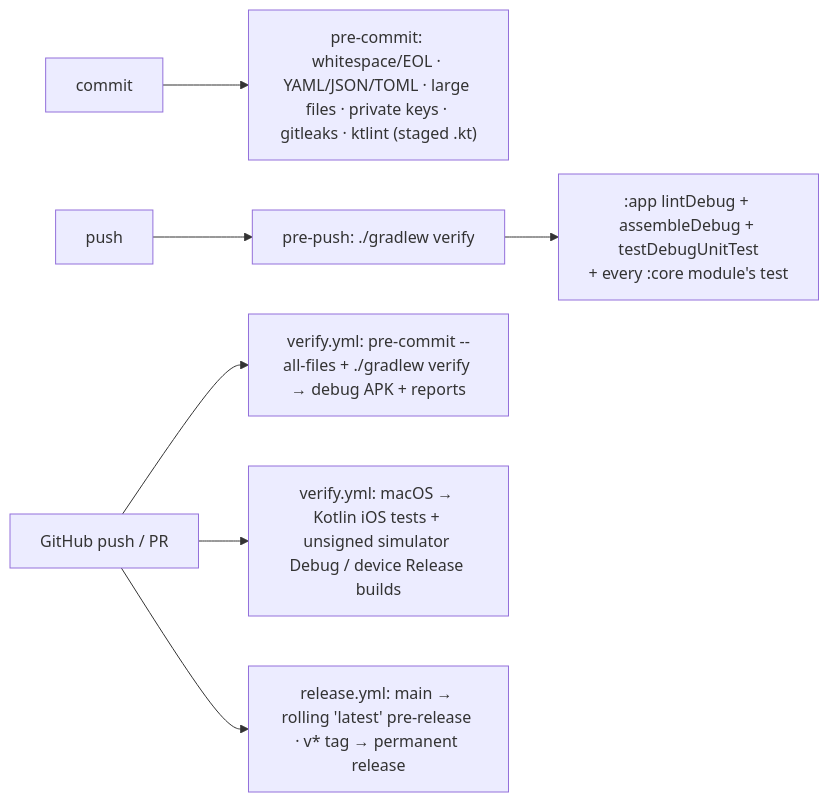
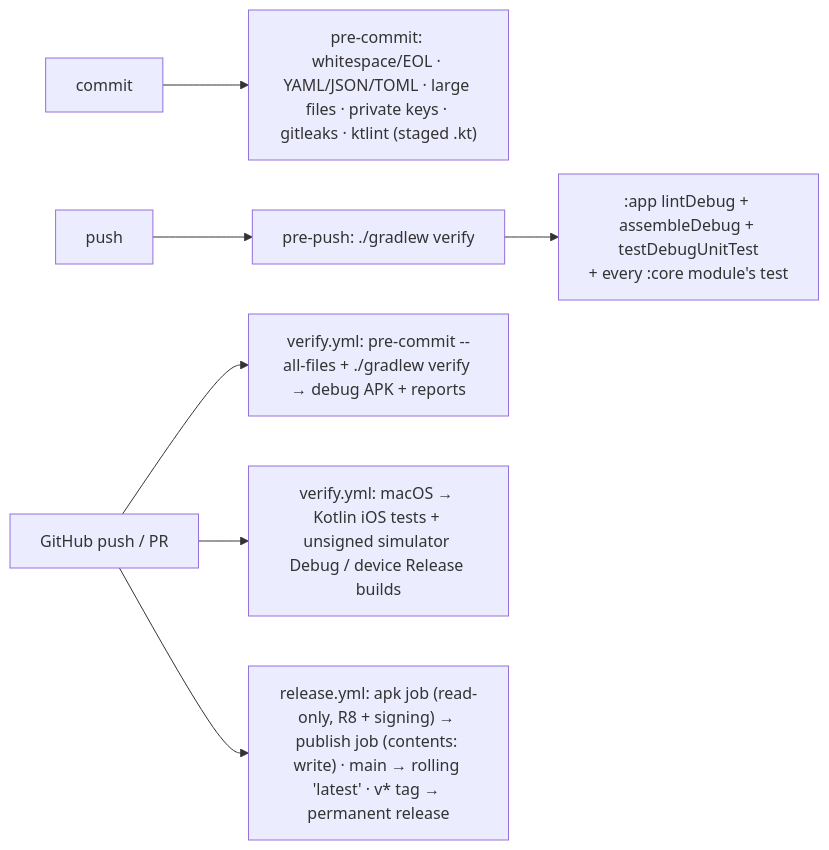
Before and after one commit to walkthru-earth/opensensor-space-mobile: the diagram in docs/build-and-release.md, drawn with Mermaid. The commit also changed other lines of this file, not shown here.

First line of the commit message:
Document R8, local release check, lint baseline and CI supply chain

````diff
--- a/docs/build-and-release.md
+++ b/docs/build-and-release.md
@@ -9,9 +9,9 @@
 ```mermaid
 flowchart LR
   C[commit] --> H["pre-commit: whitespace/EOL · YAML/JSON/TOML · large files · private keys · gitleaks · ktlint (staged .kt)"]
   P[push] --> V["pre-push: ./gradlew verify"]
   V --> T[":app lintDebug + assembleDebug + testDebugUnitTest<br/>+ every :core module's test"]
   GH[GitHub push / PR] --> W["verify.yml: pre-commit --all-files + ./gradlew verify → debug APK + reports"]
   GH --> I["verify.yml: macOS → Kotlin iOS tests + unsigned simulator Debug / device Release builds"]
-  GH --> R["release.yml: main → rolling 'latest' pre-release · v* tag → permanent release"]
+  GH --> R["release.yml: apk job (read-only, R8 + signing) → publish job (contents: write) · main → rolling 'latest' · v* tag → permanent release"]
 ```
````
